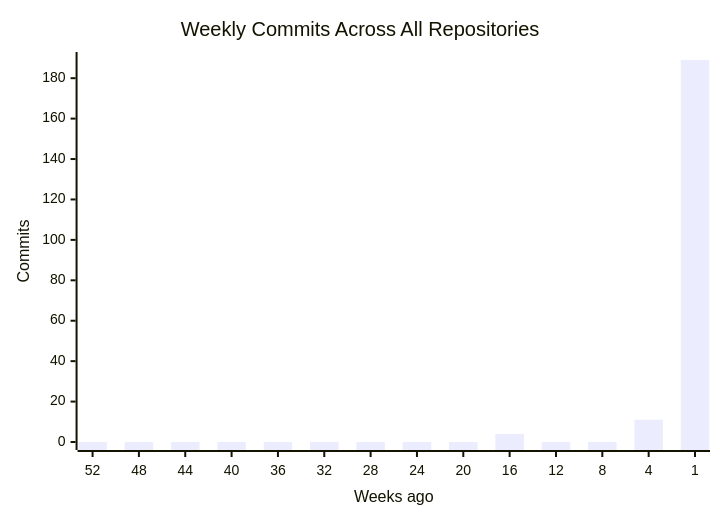
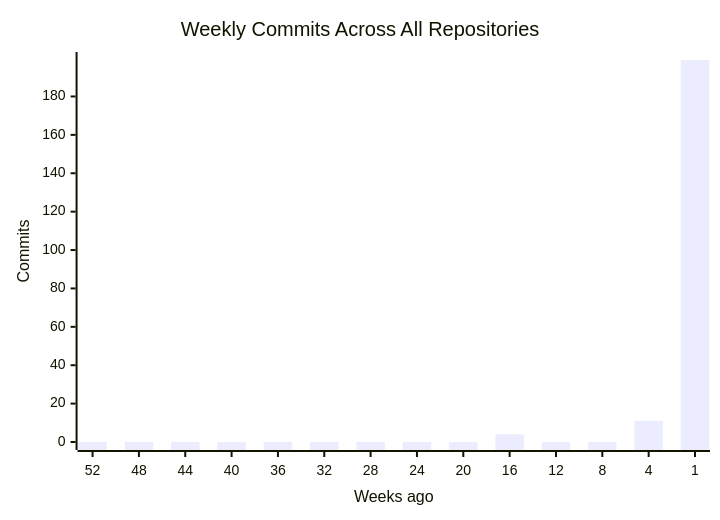
Before and after one commit to CSTH-Projects/.github: the first of 4 diagrams in profile/README.md, drawn with Mermaid. The commit also changed other lines of this file, not shown here.

````diff
--- a/profile/README.md
+++ b/profile/README.md
@@ -16,7 +16,7 @@
 ```mermaid
 xychart-beta
     title "Weekly Commits Across All Repositories"
     x-axis "Weeks ago" [52, 48, 44, 40, 36, 32, 28, 24, 20, 16, 12, 8, 4, 1]
     y-axis "Commits"
-    bar [0, 0, 0, 0, 0, 0, 0, 0, 0, 4, 0, 0, 11, 189]
+    bar [0, 0, 0, 0, 0, 0, 0, 0, 0, 4, 0, 0, 11, 199]
 ```
````
